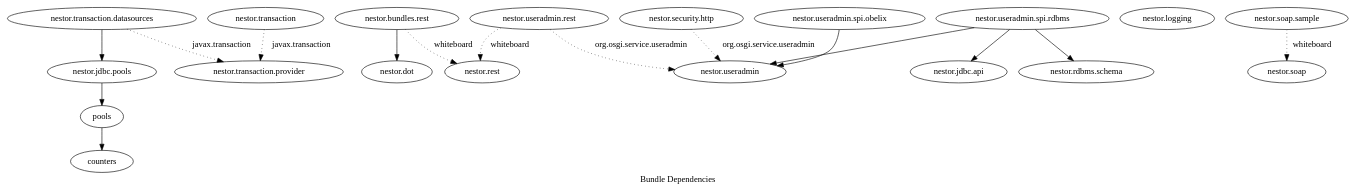
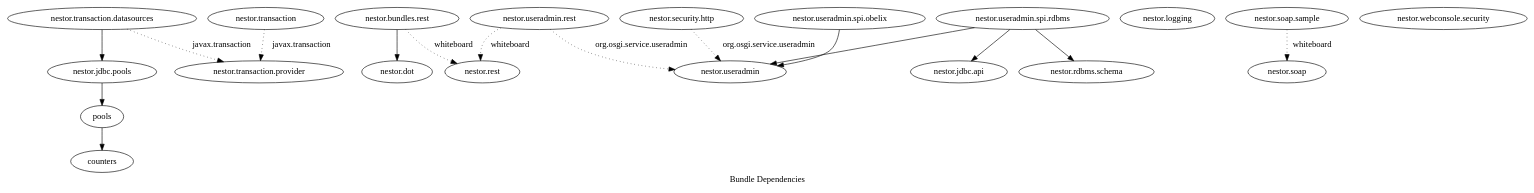
Before and after one commit to Amplifino/nestor: the diagram in nestor.gv, drawn with Graphviz. The commit also changed 2 other files, not shown here.

```diff
--- a/nestor.gv
+++ b/nestor.gv
@@ -1,36 +1,37 @@
 digraph "Bundles" {
 	label="Bundle Dependencies";
 	"counters";
 	"nestor.bundles.rest";
 	"nestor.dot";
 	"nestor.jdbc.api";
 	"nestor.jdbc.pools";
 	"nestor.logging";
 	"nestor.rdbms.schema"
 	"nestor.rest";
 	"nestor.security.http";
 	"nestor.soap";
 	"nestor.transaction";
 	"nestor.transaction.datasources";
 	"nestor.transaction.provider";
 	"nestor.useradmin";
 	"nestor.useradmin.rest";
 	"nestor.useradmin.spi.obelix";
 	"nestor.useradmin.spi.rdbms";
+	"nestor.webconsole.security";
 	"pools";
 	"nestor.jdbc.pools" -> "pools";
 	"nestor.security.http" -> "nestor.useradmin" [style=dotted, label="org.osgi.service.useradmin"];
 	"nestor.transaction" -> "nestor.transaction.provider"  [style=dotted, label="javax.transaction"];
 	"nestor.transaction.datasources" -> "nestor.transaction.provider"  [style=dotted, label="javax.transaction"];
 	"nestor.transaction.datasources" -> "nestor.jdbc.pools";
 	"nestor.useradmin.rest" -> "nestor.useradmin"  [style=dotted, label="org.osgi.service.useradmin"];
 	"nestor.useradmin.rest" -> "nestor.rest"  [style=dotted, label="whiteboard"];
 	"nestor.useradmin.spi.obelix" ->  "nestor.useradmin";
 	"pools" -> "counters";
 	"nestor.bundles.rest" -> "nestor.dot";
 	"nestor.bundles.rest" -> "nestor.rest"  [style=dotted, label=whiteboard];
 	"nestor.soap.sample" -> "nestor.soap" [style=dotted, label=whiteboard];
 	"nestor.useradmin.spi.rdbms" -> "nestor.jdbc.api";
 	"nestor.useradmin.spi.rdbms" -> "nestor.rdbms.schema";
 	"nestor.useradmin.spi.rdbms" -> "nestor.useradmin";
 }
```
